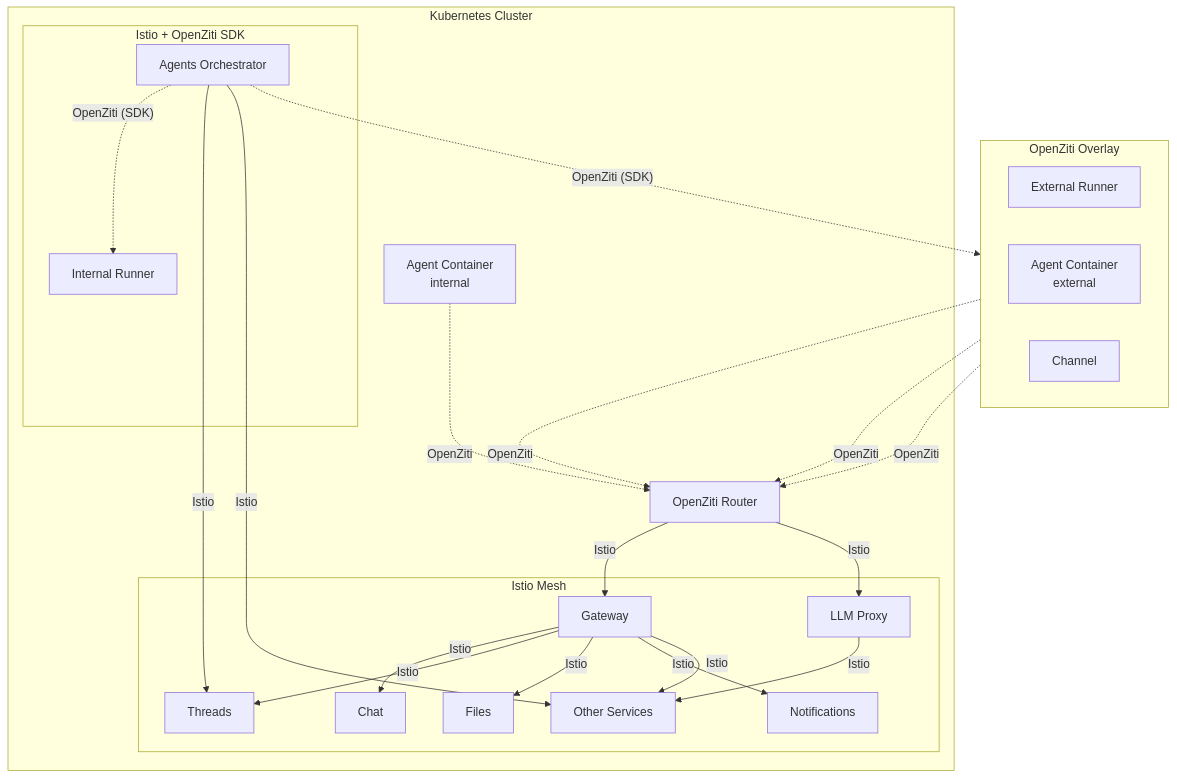
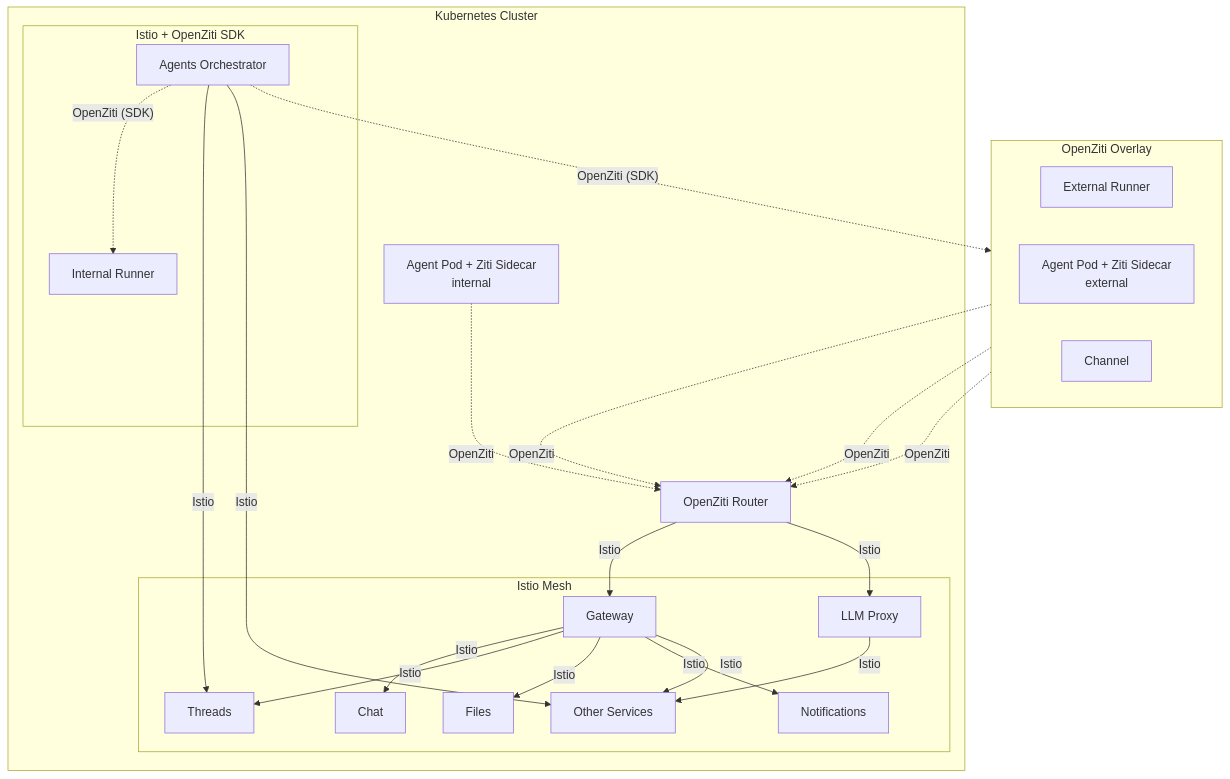
Before and after one commit to agynio/architecture: the third of 3 diagrams in architecture/authn.md, drawn with Mermaid. The commit also changed other lines of this file and 11 other files, not shown here.

Commit message:
fix: document ziti sidecar model

````diff
--- a/architecture/authn.md
+++ b/architecture/authn.md
@@ -140,42 +140,42 @@
 ```mermaid
 graph TB
     subgraph OpenZiti Overlay
         direction LR
         ExtRunner[External Runner]
-        AgentExt[Agent Container<br/>external]
+        AgentExt[Agent Pod + Ziti Sidecar<br/>external]
         Channel[Channel]
     end
 
     subgraph Kubernetes Cluster
         subgraph Istio Mesh
             GW[Gateway]
             Chat[Chat]
             Threads[Threads]
             Files[Files]
             Notif[Notifications]
             LLMProxy[LLM Proxy]
             Other[Other Services]
         end
 
         subgraph "Istio + OpenZiti SDK"
             Orch[Agents Orchestrator]
             IntRunner[Internal Runner]
         end
 
-        AgentInt[Agent Container<br/>internal]
+        AgentInt[Agent Pod + Ziti Sidecar<br/>internal]
         ZR[OpenZiti Router]
     end
 
     ExtRunner -.->|OpenZiti| ZR
     AgentExt -.->|OpenZiti| ZR
     Channel -.->|OpenZiti| ZR
     AgentInt -.->|OpenZiti| ZR
     Orch -.->|"OpenZiti (SDK)"| IntRunner
     Orch -.->|"OpenZiti (SDK)"| ExtRunner
 
     ZR -->|Istio| GW
     ZR -->|Istio| LLMProxy
     GW -->|Istio| Chat & Threads & Files & Notif & Other
     LLMProxy -->|Istio| Other
     Orch -->|Istio| Threads & Other
 ```
````
